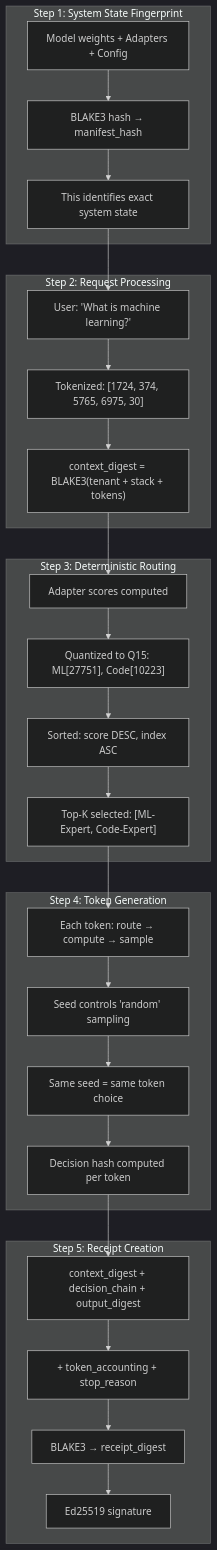
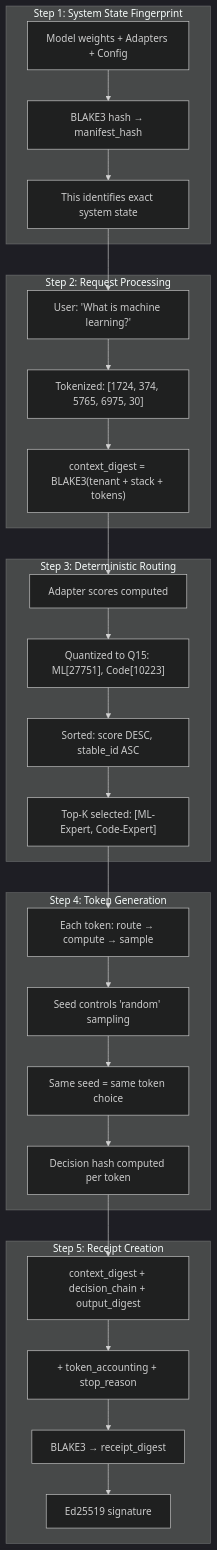
Before and after one commit to rogu3bear/adapter-os: the fourth of 5 diagrams in docs/DETERMINISM.md, drawn with Mermaid (dark theme). The commit also changed other lines of this file and 9 other files, not shown here.

````diff
--- a/docs/DETERMINISM.md
+++ b/docs/DETERMINISM.md
@@ -378,41 +377,41 @@
 ```mermaid
 flowchart TD
     subgraph "Step 1: System State Fingerprint"
         S1["Model weights + Adapters + Config"]
         S2["BLAKE3 hash → manifest_hash"]
         S3["This identifies exact system state"]
     end
     
     subgraph "Step 2: Request Processing"
         R1["User: 'What is machine learning?'"]
         R2["Tokenized: [1724, 374, 5765, 6975, 30]"]
         R3["context_digest = BLAKE3(tenant + stack + tokens)"]
     end
     
     subgraph "Step 3: Deterministic Routing"
         A1["Adapter scores computed"]
         A2["Quantized to Q15: ML[27751], Code[10223]"]
-        A3["Sorted: score DESC, index ASC"]
+        A3["Sorted: score DESC, stable_id ASC"]
         A4["Top-K selected: [ML-Expert, Code-Expert]"]
     end
     
     subgraph "Step 4: Token Generation"
         T1["Each token: route → compute → sample"]
         T2["Seed controls 'random' sampling"]
         T3["Same seed = same token choice"]
         T4["Decision hash computed per token"]
     end
     
     subgraph "Step 5: Receipt Creation"
         RC1["context_digest + decision_chain + output_digest"]
         RC2["+ token_accounting + stop_reason"]
         RC3["BLAKE3 → receipt_digest"]
         RC4["Ed25519 signature"]
     end
     
     S1 --> S2 --> S3 --> R1
     R1 --> R2 --> R3 --> A1
     A1 --> A2 --> A3 --> A4 --> T1
     T1 --> T2 --> T3 --> T4 --> RC1
     RC1 --> RC2 --> RC3 --> RC4
 ```
````
